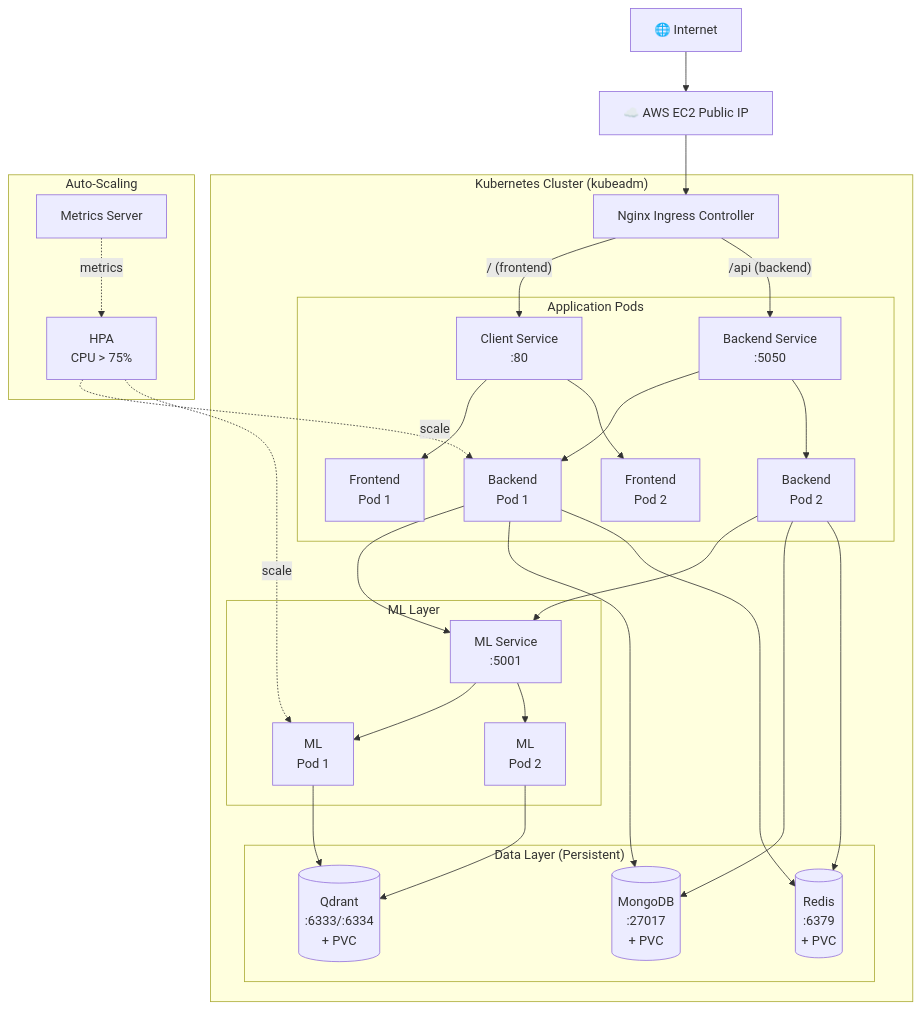
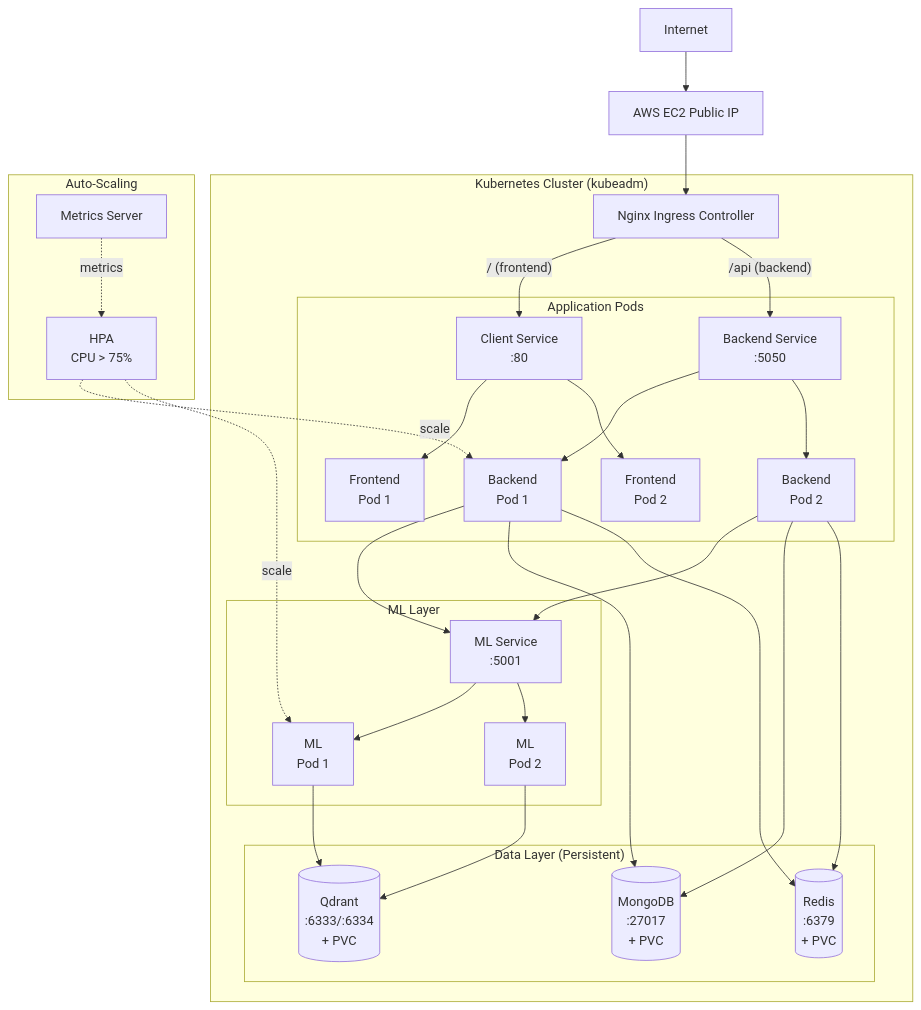
Before and after one commit to yashsrivastava1408/Aether-Clinic: the fourth of 6 diagrams in README.md, drawn with Mermaid. The commit also changed other lines of this file and 104 other files, not shown here.

````diff
--- a/README.md
+++ b/README.md
@@ -268,39 +268,39 @@
 ```mermaid
 graph TB
-    Internet["🌐 Internet"] --> LB["☁️ AWS EC2 Public IP"]
+    Internet["Internet"] --> LB["AWS EC2 Public IP"]
     LB --> IC["Nginx Ingress Controller"]
     
     subgraph K8s["Kubernetes Cluster (kubeadm)"]
         IC -->|"/ (frontend)"| CS["Client Service\n:80"]
         IC -->|"/api (backend)"| BS["Backend Service\n:5050"]
         
         subgraph App["Application Pods"]
             CS --> CP1["Frontend\nPod 1"]
             CS --> CP2["Frontend\nPod 2"]
             BS --> BP1["Backend\nPod 1"]
             BS --> BP2["Backend\nPod 2"]
         end
 
         subgraph ML["ML Layer"]
             MLS["ML Service\n:5001"] --> MP1["ML\nPod 1"]
             MLS --> MP2["ML\nPod 2"]
         end
 
         subgraph Data["Data Layer (Persistent)"]
             MDB[("MongoDB\n:27017\n+ PVC")]
             QD[("Qdrant\n:6333/:6334\n+ PVC")]
             RD[("Redis\n:6379\n+ PVC")]
         end
 
         BP1 & BP2 --> MLS
         BP1 & BP2 --> MDB
         BP1 & BP2 --> RD
         MP1 & MP2 --> QD
     end
 
     subgraph Scaling["Auto-Scaling"]
         HPA["HPA\nCPU > 75%"] -.->|scale| BP1
         HPA -.->|scale| MP1
         MS["Metrics Server"] -.->|metrics| HPA
     end
 ```
````
